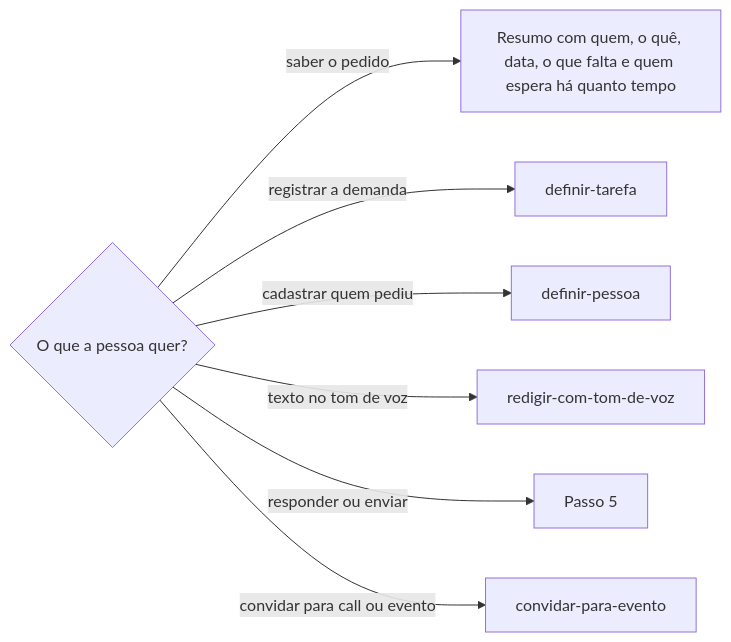
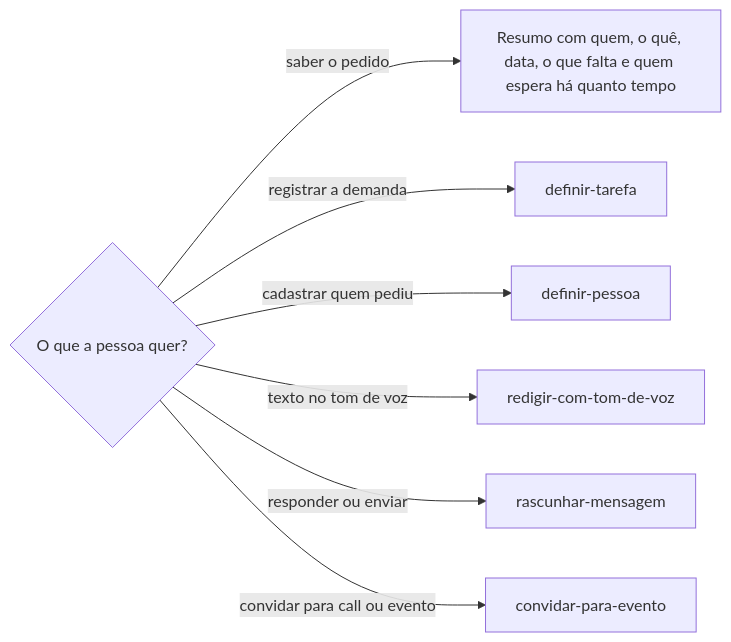
The diagram in .agents/skills/conversar-no-whatsapp/SKILL.md (jimmyandrade/harness), drawn with Mermaid before and after one commit. The commit also changed other lines of this file and 15 other files, not shown here.

First line of the commit message:
feat(rascunhar-mensagem): split the draft and the send from the WhatsApp reading (#1276)

````diff
--- a/.agents/skills/conversar-no-whatsapp/SKILL.md
+++ b/.agents/skills/conversar-no-whatsapp/SKILL.md
@@ -88,9 +91,9 @@
 ```mermaid
 flowchart LR
   Q{O que a pessoa quer?} -->|saber o pedido| R[Resumo com quem, o quê, data, o que falta e quem espera há quanto tempo]
   Q -->|registrar a demanda| T[definir-tarefa]
   Q -->|cadastrar quem pediu| P[definir-pessoa]
   Q -->|texto no tom de voz| V[redigir-com-tom-de-voz]
-  Q -->|responder ou enviar| E[Passo 5]
+  Q -->|responder ou enviar| E[rascunhar-mensagem]
   Q -->|convidar para call ou evento| A[convidar-para-evento]
 ```
````
